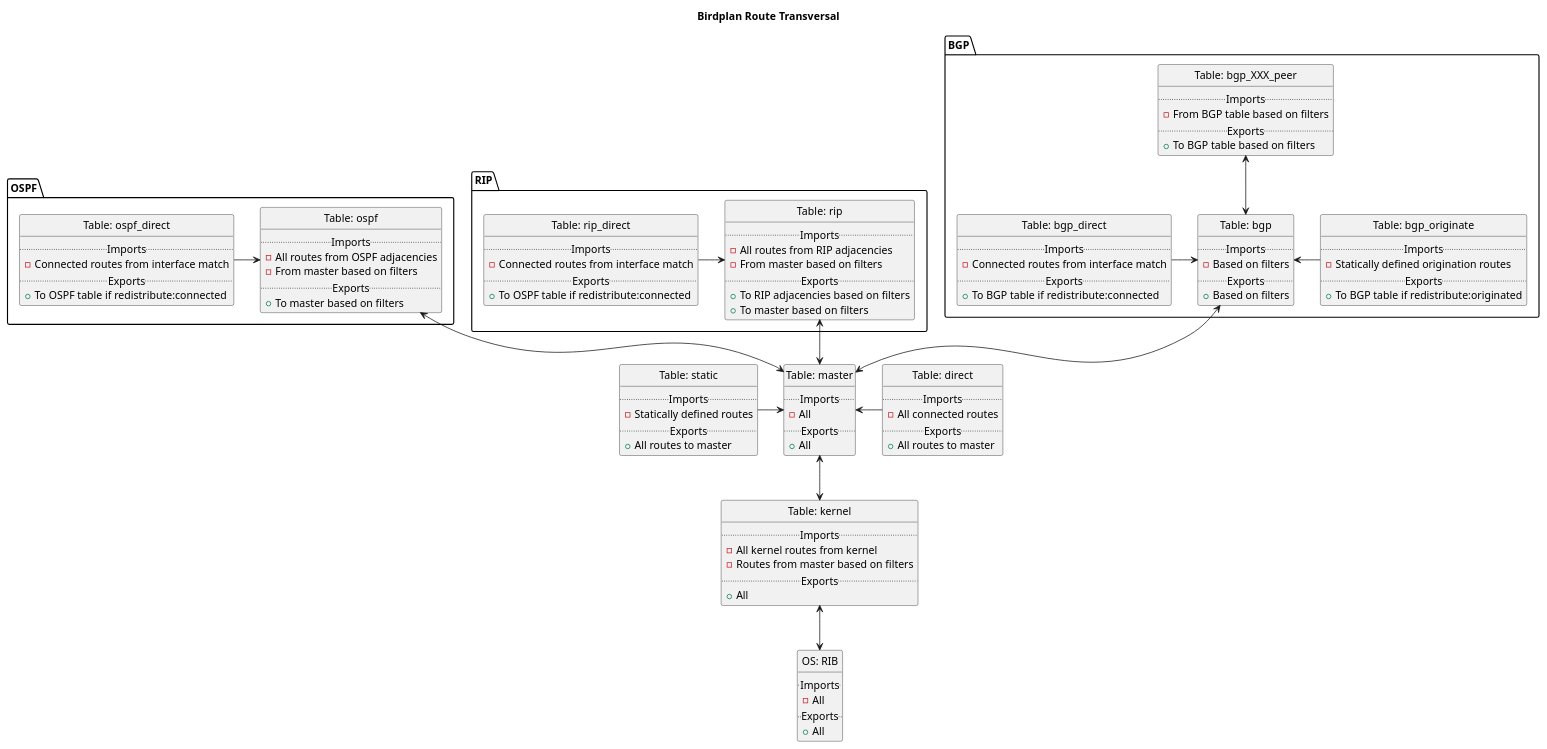
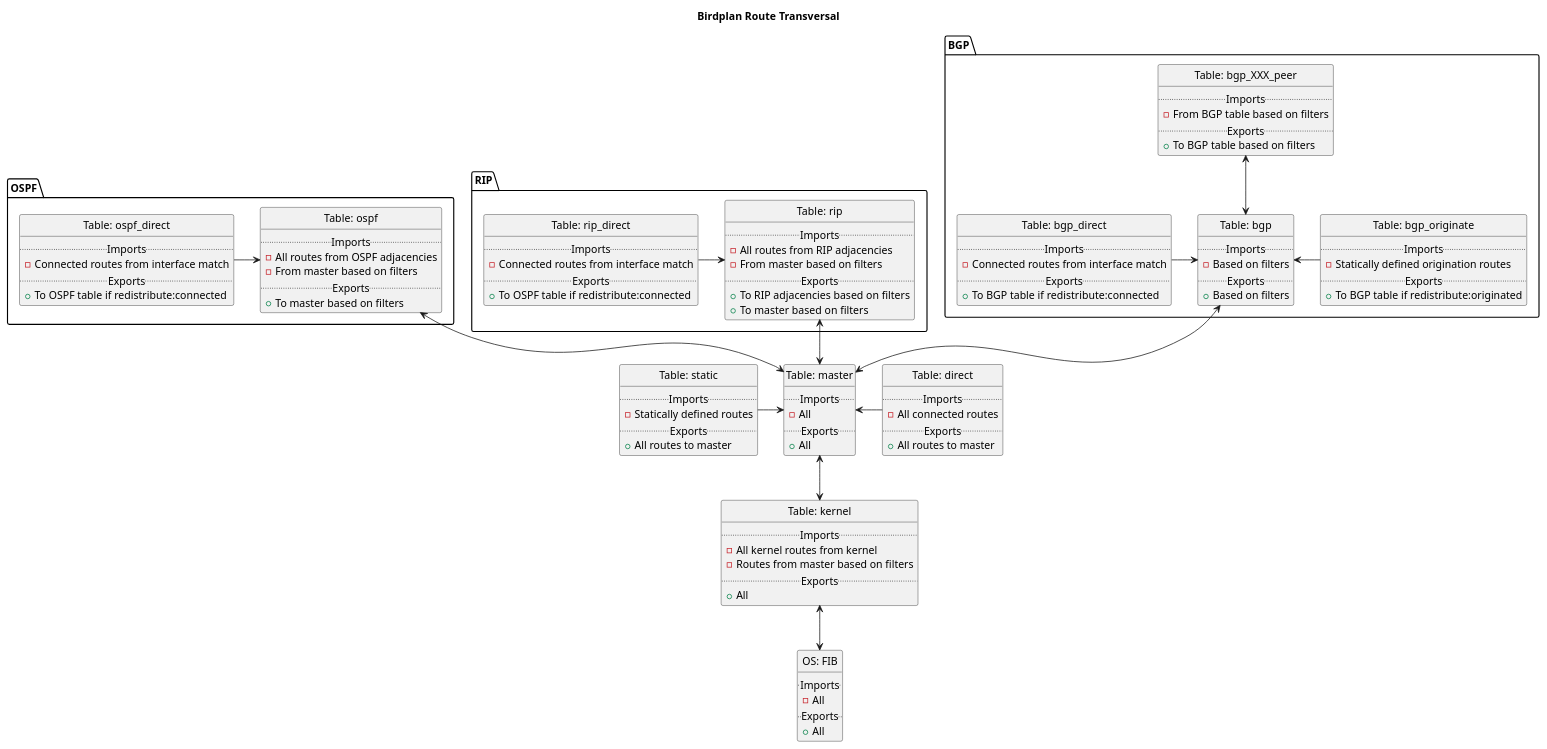
The diagram in docs/route-transversal.md (oscdev-io/birdplan), drawn with PlantUML before and after one commit.

Commit message:
docs: Fix up route transversal document

```diff
--- a/docs/route-transversal.md
+++ b/docs/route-transversal.md
@@ -107,7 +107,7 @@
 }
 
 
-class "OS: RIB" {
+class "OS: FIB" {
   .. Imports ..
 - All
   .. Exports ..
@@ -132,7 +132,7 @@
 "Table: bgp_XXX_peer" <-down-> "Table: bgp"
 
 "Table: kernel" <-up-> "Table: master"
-"OS: RIB" <-up-> "Table: kernel"
+"OS: FIB" <-up-> "Table: kernel"
 
 
 @enduml
```
